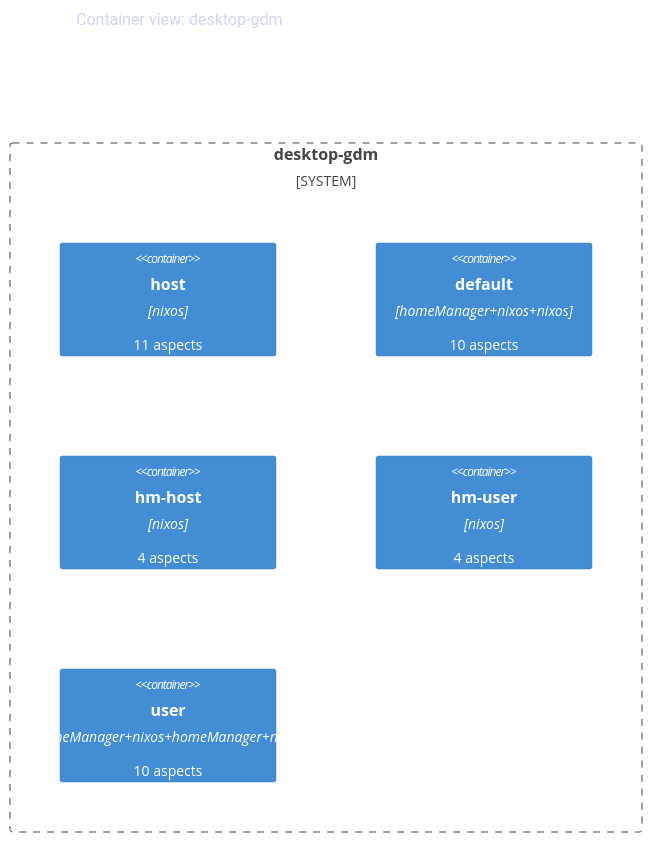
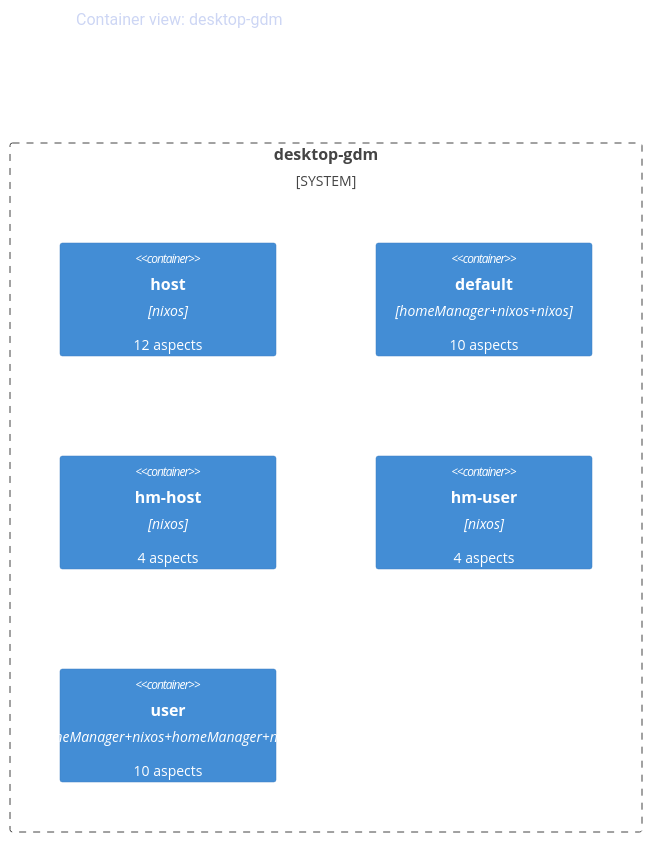
Before and after one commit to sini/den: the diagram in templates/diag-fx-demo/diagrams/desktop-gdm-c4container-mmd.md, drawn with Mermaid. The commit also changed 526 other files, not shown here.

Commit message:
chore: update fx diagrams

````diff
--- a/templates/diag-fx-demo/diagrams/desktop-gdm-c4container-mmd.md
+++ b/templates/diag-fx-demo/diagrams/desktop-gdm-c4container-mmd.md
@@ -5,14 +5,14 @@
 ```mermaid
 %%{init: {"theme":"base","themeVariables":{"activationBkgColor":"#313244","activationBorderColor":"#6c7086","actorBkg":"#313244","actorBorder":"#a6adc8","actorLineColor":"#a6adc8","actorTextColor":"#cdd6f4","background":"#1e1e2e","classText":"#cdd6f4","clusterBkg":"#313244","clusterBorder":"#6c7086","edgeLabelBackground":"#1e1e2e","labelBoxBkgColor":"#313244","labelBoxBorderColor":"#a6adc8","labelTextColor":"#cdd6f4","lineColor":"#a6adc8","loopTextColor":"#cdd6f4","mainBkg":"#313244","nodeBkg":"#313244","nodeBorder":"#a6adc8","nodeTextColor":"#cdd6f4","noteBkgColor":"#313244","noteBorderColor":"#6c7086","noteTextColor":"#cdd6f4","pie1":"#f38ba8","pie2":"#fab387","pie3":"#f9e2af","pie4":"#a6e3a1","pie5":"#94e2d5","pie6":"#89b4fa","pie7":"#cba6f7","pie8":"#f2cdcd","pieLegendTextColor":"#cdd6f4","pieOuterStrokeColor":"#6c7086","pieSectionTextColor":"#cdd6f4","pieStrokeColor":"#6c7086","pieTitleTextColor":"#cdd6f4","primaryBorderColor":"#a6adc8","primaryColor":"#313244","primaryTextColor":"#cdd6f4","secondBkg":"#313244","secondaryBorderColor":"#6c7086","secondaryColor":"#313244","secondaryTextColor":"#cdd6f4","sequenceNumberColor":"#1e1e2e","signalColor":"#a6adc8","signalTextColor":"#cdd6f4","tertiaryBorderColor":"#6c7086","tertiaryColor":"#313244","tertiaryTextColor":"#cdd6f4","textColor":"#cdd6f4","titleColor":"#cdd6f4"}}}%%
 C4Container
 title Container view: desktop-gdm
 
 System_Boundary(desktop_gdm, "desktop-gdm") {
-  Container(ctx_host, "host", "nixos", "11 aspects")
+  Container(ctx_host, "host", "nixos", "12 aspects")
   Container(ctx_default, "default", "homeManager+nixos+nixos", "10 aspects")
   Container(ctx_hm_host, "hm-host", "nixos", "4 aspects")
   Container(ctx_hm_user, "hm-user", "nixos", "4 aspects")
   Container(ctx_user, "user", "homeManager+nixos+homeManager+nixos", "10 aspects")
 }
 
 ```
````
